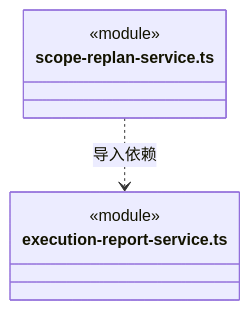
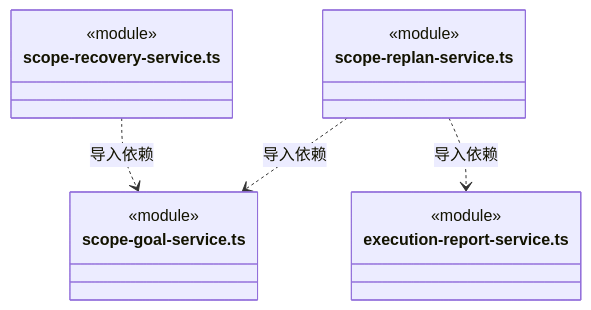
Diagram 36 of 39 in src/backend/scheduler-engine/execution/ARCHITECTURE.md (nan023062/cbim), drawn with Mermaid before and after one commit. The commit also changed other lines of this file and 47 other files, not shown here.

````diff
--- a/src/backend/scheduler-engine/execution/ARCHITECTURE.md
+++ b/src/backend/scheduler-engine/execution/ARCHITECTURE.md
@@ -968,10 +986,18 @@
 ```mermaid
 classDiagram
+class N_src_backend_scheduler_engine_execution_scope_recovery_service_ts["scope-recovery-service.ts"] {
+  <<module>>
+}
+class N_src_backend_scheduler_engine_execution_scope_goal_service_ts["scope-goal-service.ts"] {
+  <<module>>
+}
 class N_src_backend_scheduler_engine_execution_scope_replan_service_ts["scope-replan-service.ts"] {
   <<module>>
 }
 class N_src_backend_scheduler_engine_execution_execution_report_service_ts["execution-report-service.ts"] {
   <<module>>
 }
+N_src_backend_scheduler_engine_execution_scope_recovery_service_ts ..> N_src_backend_scheduler_engine_execution_scope_goal_service_ts : 导入依赖
+N_src_backend_scheduler_engine_execution_scope_replan_service_ts ..> N_src_backend_scheduler_engine_execution_scope_goal_service_ts : 导入依赖
 N_src_backend_scheduler_engine_execution_scope_replan_service_ts ..> N_src_backend_scheduler_engine_execution_execution_report_service_ts : 导入依赖
 ```
````
